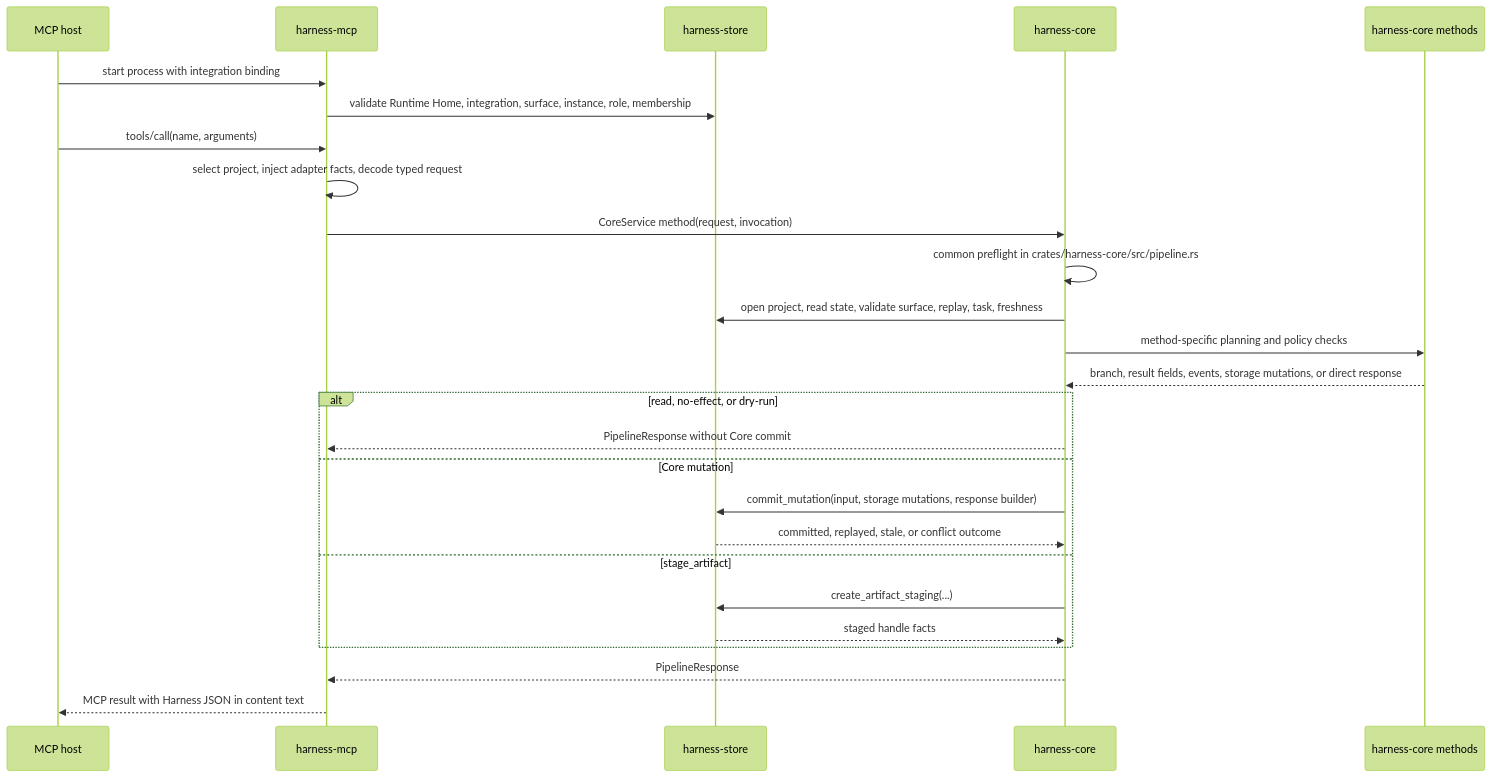
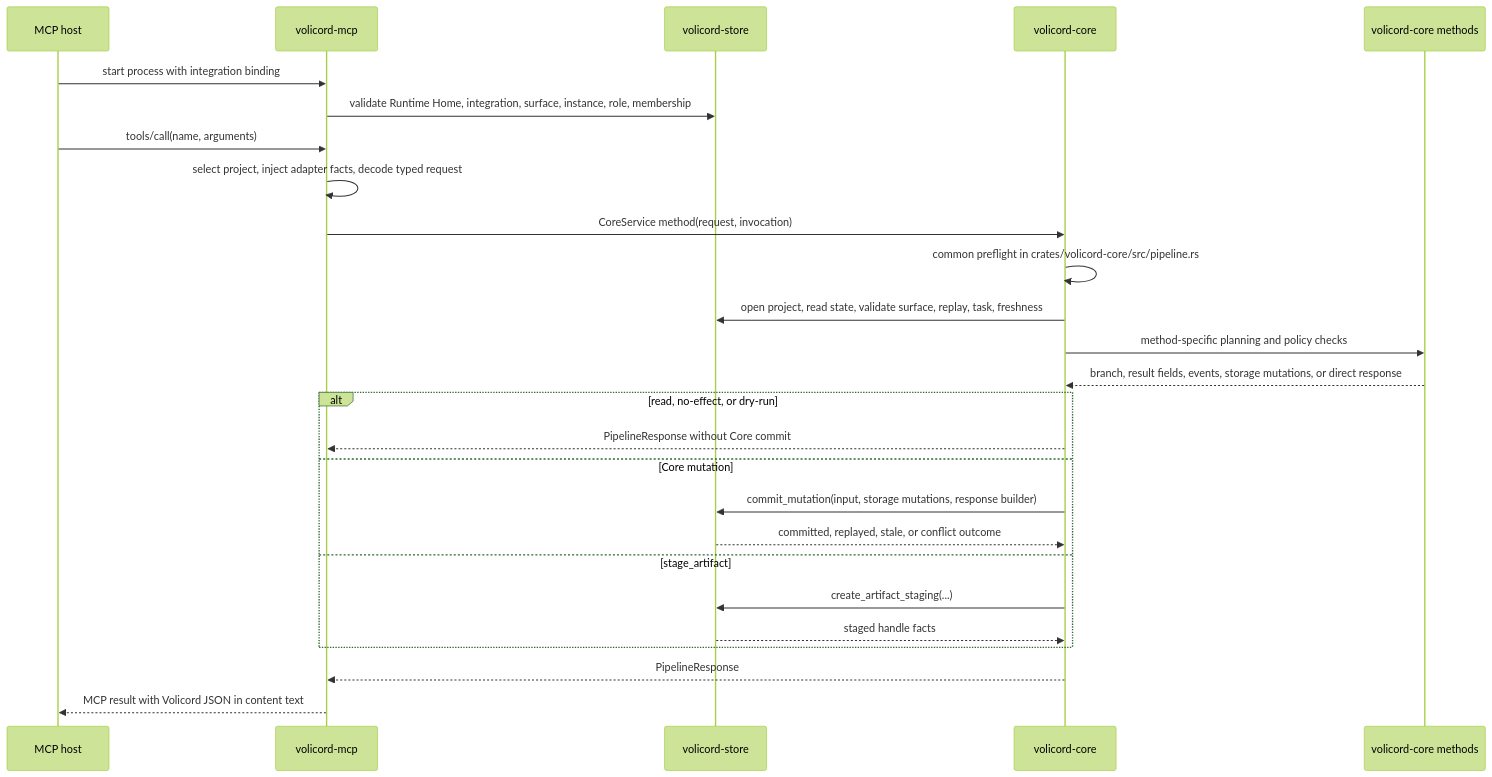
One commit to minjungw00/Harness_Project changed the third of 4 diagrams in docs/en/development/architecture.md. Above: the diagram before and after it, drawn with Mermaid (forest theme). The commit also changed other lines of this file and 59 other files, not shown here.

````diff
--- a/docs/en/development/architecture.md
+++ b/docs/en/development/architecture.md
@@ -159,29 +159,29 @@
 ```mermaid
 sequenceDiagram
   participant Host as MCP host
-  participant MCP as harness-mcp
-  participant Store as harness-store
-  participant Core as harness-core
-  participant Method as harness-core methods
+  participant MCP as volicord-mcp
+  participant Store as volicord-store
+  participant Core as volicord-core
+  participant Method as volicord-core methods
 
   Host->>MCP: start process with integration binding
   MCP->>Store: validate Runtime Home, integration, surface, instance, role, membership
   Host->>MCP: tools/call(name, arguments)
   MCP->>MCP: select project, inject adapter facts, decode typed request
   MCP->>Core: CoreService method(request, invocation)
-  Core->>Core: common preflight in crates/harness-core/src/pipeline.rs
+  Core->>Core: common preflight in crates/volicord-core/src/pipeline.rs
   Core->>Store: open project, read state, validate surface, replay, task, freshness
   Core->>Method: method-specific planning and policy checks
   Method-->>Core: branch, result fields, events, storage mutations, or direct response
   alt read, no-effect, or dry-run
     Core-->>MCP: PipelineResponse without Core commit
   else Core mutation
     Core->>Store: commit_mutation(input, storage mutations, response builder)
     Store-->>Core: committed, replayed, stale, or conflict outcome
   else stage_artifact
     Core->>Store: create_artifact_staging(...)
     Store-->>Core: staged handle facts
   end
   Core-->>MCP: PipelineResponse
-  MCP-->>Host: MCP result with Harness JSON in content text
+  MCP-->>Host: MCP result with Volicord JSON in content text
 ```
````
